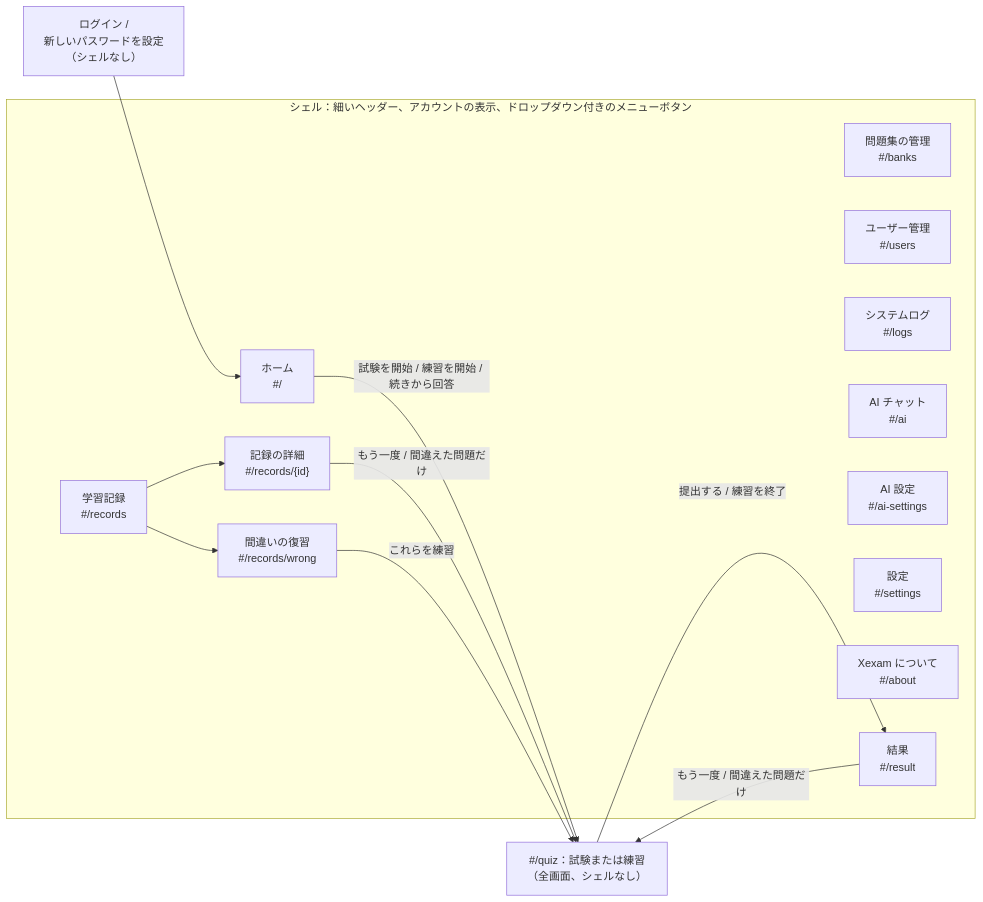
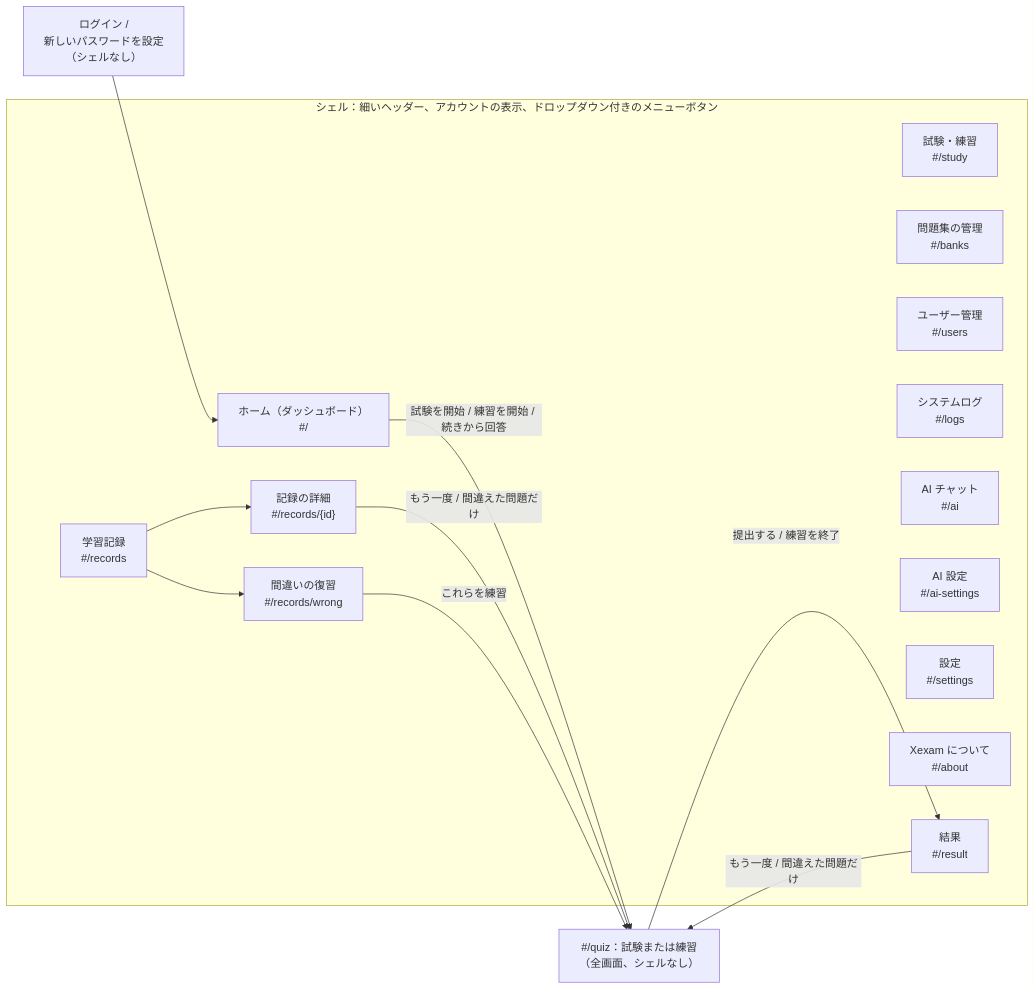
One commit to Yumin-Space/xexam changed the fifth of 8 diagrams in docs/ja/architecture.md. Above: the diagram before and after it, drawn with Mermaid. The commit also changed other lines of this file and 144 other files, not shown here.

````diff
--- a/docs/ja/architecture.md
+++ b/docs/ja/architecture.md
@@ -384,26 +385,27 @@
 ```mermaid
 flowchart LR
     SI["ログイン /<br/>新しいパスワードを設定<br/>（シェルなし）"] --> H
     subgraph shell["シェル：細いヘッダー、アカウントの表示、ドロップダウン付きのメニューボタン"]
-        H["ホーム<br/>#/"]
+        H["ホーム（ダッシュボード）<br/>#/"]
+        ST["試験・練習<br/>#/study"]
         B["問題集の管理<br/>#/banks"]
         R["学習記録<br/>#/records"]
         US["ユーザー管理<br/>#/users"]
         LG["システムログ<br/>#/logs"]
         AI["AI チャット<br/>#/ai"]
         AIS["AI 設定<br/>#/ai-settings"]
         S["設定<br/>#/settings"]
         AB["Xexam について<br/>#/about"]
         D["記録の詳細<br/>#/records/{id}"]
         W["間違いの復習<br/>#/records/wrong"]
         RS["結果<br/>#/result"]
     end
     Q["#/quiz：試験または練習<br/>（全画面、シェルなし）"]
     R --> D
     R --> W
     H -->|"試験を開始 / 練習を開始 / 続きから回答"| Q
     Q -->|"提出する / 練習を終了"| RS
     RS -->|"もう一度 / 間違えた問題だけ"| Q
     D -->|"もう一度 / 間違えた問題だけ"| Q
     W -->|"これらを練習"| Q
 ```
````
